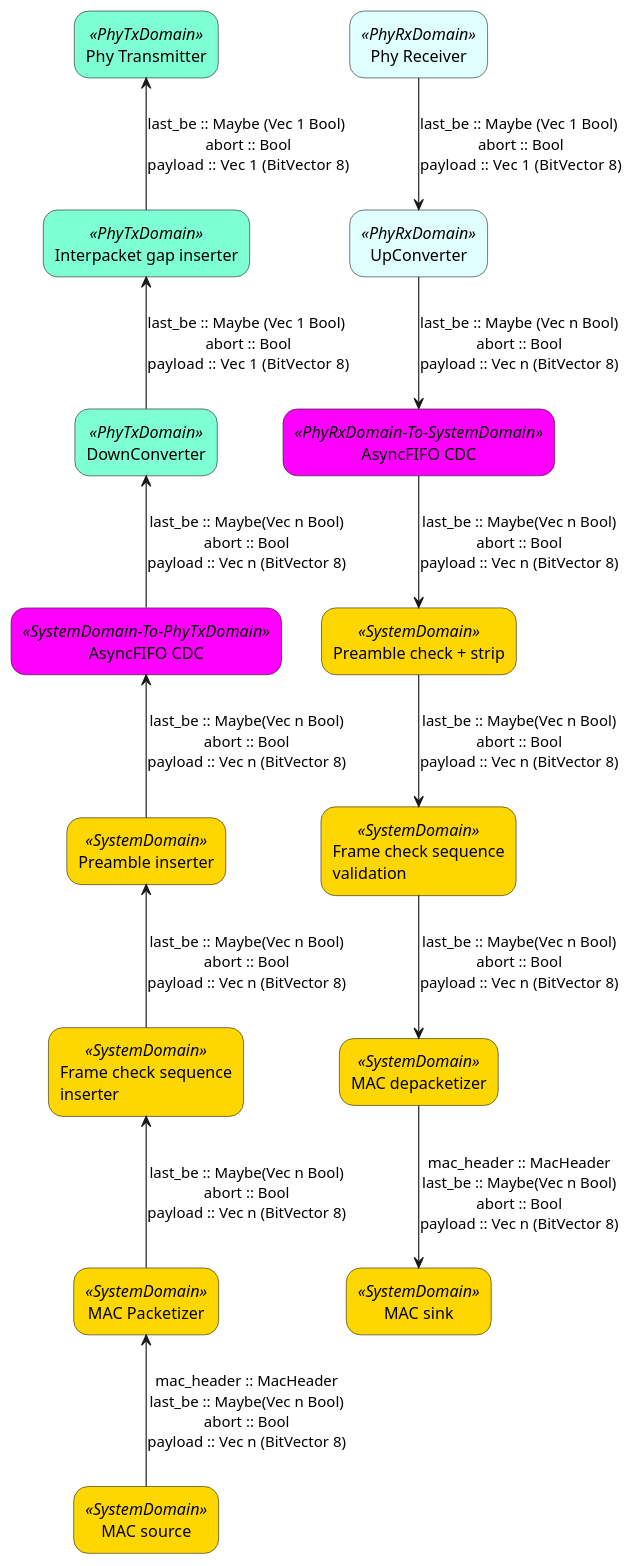
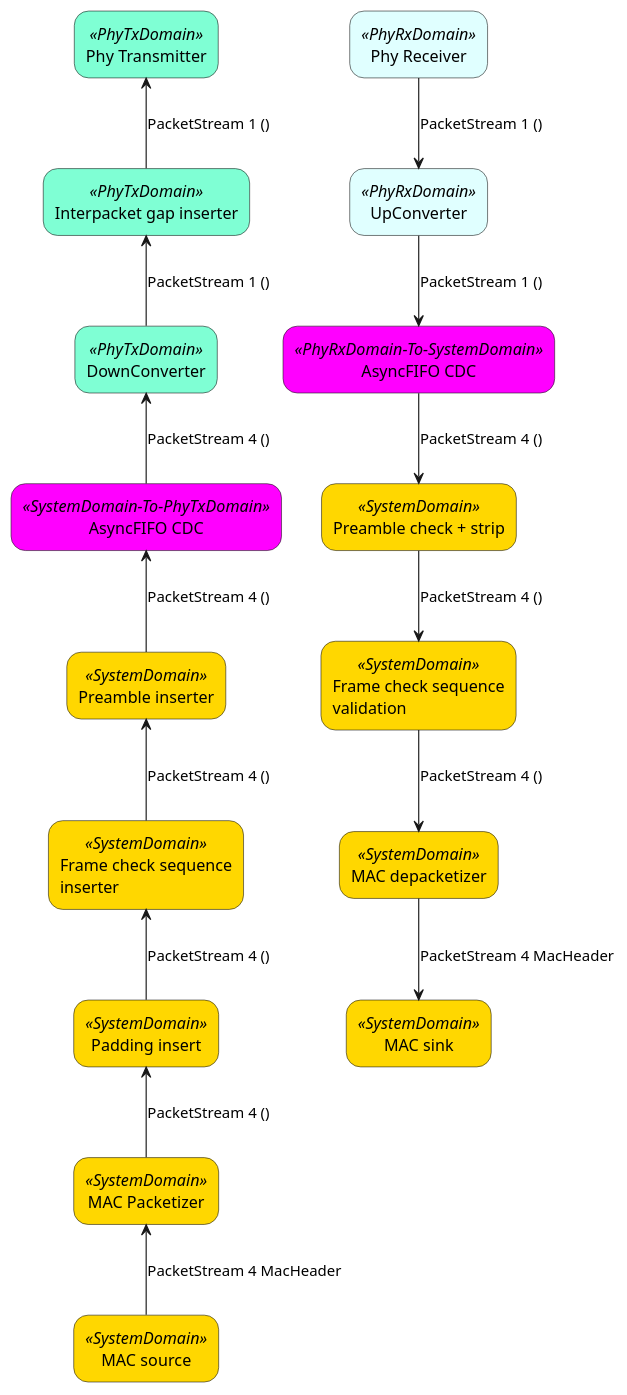
Before and after one commit to GiPHouse/qbaylogic-clash-based-macipudp-stack-spring24: the diagram in diagram/layer1+2-arch.puml, drawn with PlantUML.

Commit message:
diagram: Update layer1+2 diagram with PacketStream protocol

```diff
--- a/diagram/layer1+2-arch.puml
+++ b/diagram/layer1+2-arch.puml
@@ -1,61 +1,63 @@
 @startuml
 
 skinparam rectangle<<PhyTxDomain>> {
 	roundCorner 25
 	backgroundColor Aquamarine
 }
 
 skinparam rectangle<<PhyRxDomain>> {
 	roundCorner 25
 	backgroundColor LightCyan
 }
 
 skinparam rectangle<<PhyRxDomain-To-SystemDomain>> {
 	roundCorner 25
 	backgroundColor Fuchsia
 }
 
 skinparam rectangle<<SystemDomain-To-PhyTxDomain>> {
 	roundCorner 25
 	backgroundColor Fuchsia
 }
 
 skinparam rectangle<<SystemDomain>> {
 	roundCorner 25
 	backgroundColor Gold
 }
 
 
 rectangle "Phy Receiver" as PhyRx <<PhyRxDomain>>
 rectangle "UpConverter" as UpConv <<PhyRxDomain>>
 rectangle "AsyncFIFO CDC" as CDCRx <<PhyRxDomain-To-SystemDomain>>
 rectangle "Preamble check + strip" as PreRx <<SystemDomain>>
 rectangle "Frame check sequence\nvalidation" as FCSRx <<SystemDomain>>
 rectangle "MAC depacketizer" as PacketRx <<SystemDomain>>
 rectangle "MAC sink" as Sink <<SystemDomain>>
 
-PhyRx -down-> UpConv : last_be :: Maybe (Vec 1 Bool) \nabort :: Bool\npayload ::  Vec 1 (BitVector 8)
-UpConv -down-> CDCRx : last_be :: Maybe (Vec n Bool)\nabort :: Bool\npayload :: Vec n (BitVector 8)
-CDCRx -down-> PreRx : last_be :: Maybe(Vec n Bool)\nabort :: Bool\npayload :: Vec n (BitVector 8)
-PreRx -down-> FCSRx : last_be :: Maybe(Vec n Bool)\nabort :: Bool\npayload :: Vec n (BitVector 8)
-FCSRx -down-> PacketRx : last_be :: Maybe(Vec n Bool)\nabort :: Bool\npayload :: Vec n (BitVector 8)
-PacketRx -down-> Sink : mac_header :: MacHeader\nlast_be :: Maybe(Vec n Bool)\nabort :: Bool\npayload :: Vec n (BitVector 8)
+PhyRx -down-> UpConv : PacketStream 1 ()
+UpConv -down-> CDCRx : PacketStream 1 ()
+CDCRx -down-> PreRx : PacketStream 4 ()
+PreRx -down-> FCSRx : PacketStream 4 ()
+FCSRx -down-> PacketRx : PacketStream 4 ()
+PacketRx -down-> Sink : PacketStream 4 MacHeader
 
 rectangle "MAC source" as Source <<SystemDomain>>
+rectangle "Padding insert" as PaddingTx <<SystemDomain>>
 rectangle "MAC Packetizer" as PacketTx <<SystemDomain>>
 rectangle "Frame check sequence\ninserter" as FCSTx <<SystemDomain>>
 rectangle "Preamble inserter" as PreTx <<SystemDomain>>
 rectangle "AsyncFIFO CDC" as CDCTx <<SystemDomain-To-PhyTxDomain>>
 rectangle "DownConverter" as DownConv <<PhyTxDomain>>
 rectangle "Interpacket gap inserter" as IPG <<PhyTxDomain>>
 rectangle "Phy Transmitter" as PhyTx <<PhyTxDomain>>
 
-Source -up-> PacketTx : mac_header :: MacHeader\nlast_be :: Maybe(Vec n Bool)\nabort :: Bool\npayload :: Vec n (BitVector 8)
-PacketTx -up-> FCSTx : last_be :: Maybe(Vec n Bool)\nabort :: Bool\npayload :: Vec n (BitVector 8)
-FCSTx -up-> PreTx : last_be :: Maybe(Vec n Bool)\nabort :: Bool\npayload :: Vec n (BitVector 8)
-PreTx -up-> CDCTx : last_be :: Maybe(Vec n Bool)\nabort :: Bool\npayload :: Vec n (BitVector 8)
-CDCTx -up-> DownConv : last_be :: Maybe(Vec n Bool)\nabort :: Bool\npayload :: Vec n (BitVector 8)
-DownConv -up-> IPG : last_be :: Maybe (Vec 1 Bool) \nabort :: Bool\npayload ::  Vec 1 (BitVector 8)
-IPG -up-> PhyTx : last_be :: Maybe (Vec 1 Bool) \nabort :: Bool\npayload ::  Vec 1 (BitVector 8)
+Source -up-> PacketTx : PacketStream 4 MacHeader
+PacketTx -up-> PaddingTx : PacketStream 4 ()
+PaddingTx -up-> FCSTx : PacketStream 4 ()
+FCSTx -up-> PreTx : PacketStream 4 ()
+PreTx -up-> CDCTx : PacketStream 4 ()
+CDCTx -up-> DownConv : PacketStream 4 ()
+DownConv -up-> IPG : PacketStream 1 ()
+IPG -up-> PhyTx : PacketStream 1 ()
 
 @enduml
```
